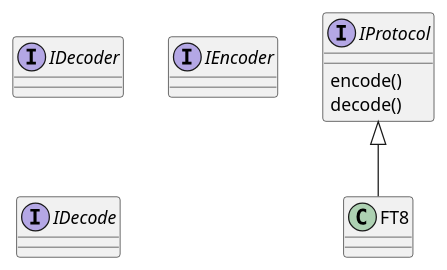
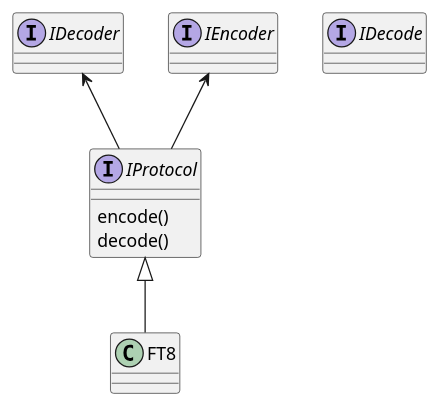
One commit to saitohirga/WSJT-X changed the diagram in doc/design/DecoderRefactor.puml. Above: the diagram before and after it, drawn with PlantUML. The commit also changed 28 other files, not shown here.

```diff
--- a/doc/design/DecoderRefactor.puml
+++ b/doc/design/DecoderRefactor.puml
@@ -1,14 +1,17 @@
 @startuml
 
 interface IProtocol {
     encode()
     decode()
 }
 interface IDecoder
 interface IEncoder
 interface IDecode
 
+IDecoder <-- IProtocol
+IEncoder <-- IProtocol
+
 class FT8
 IProtocol <|-- FT8
 
 @enduml
```
